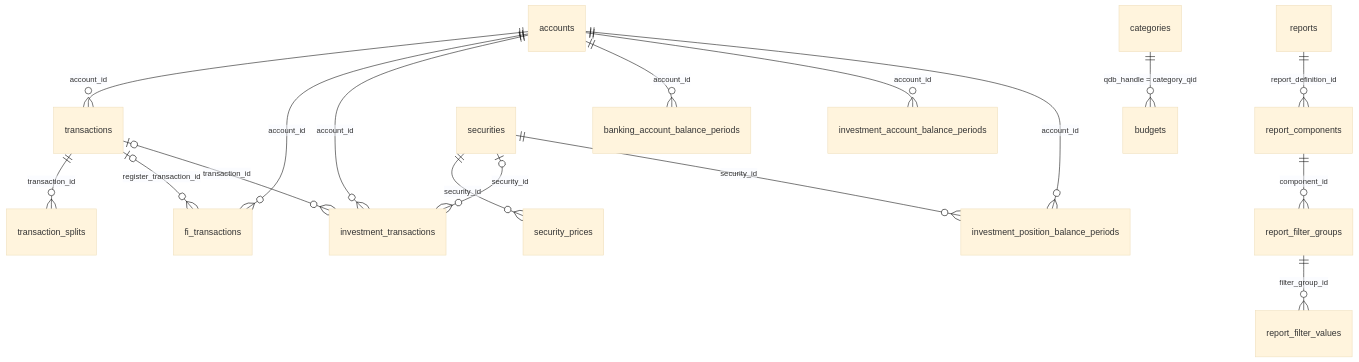
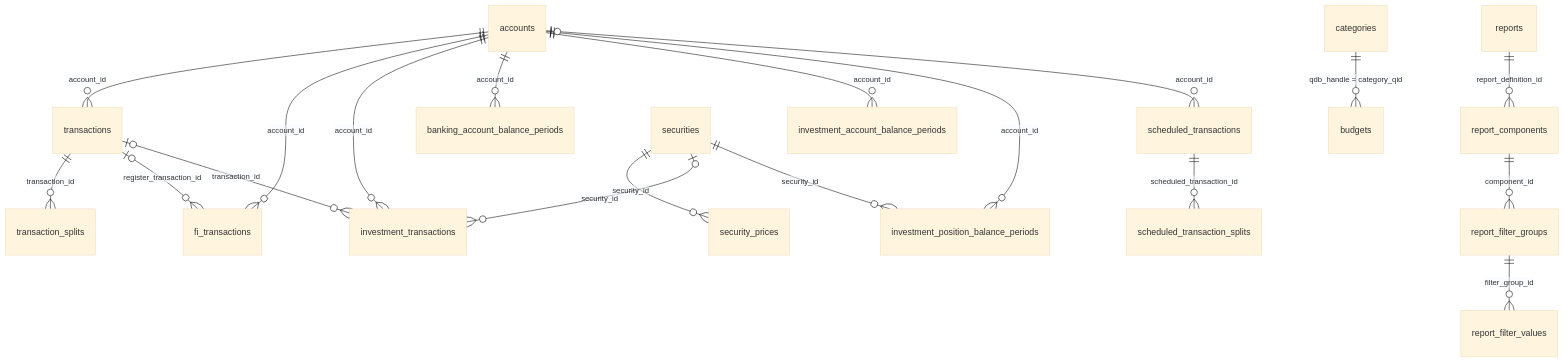
One commit to davidski/quicken-exporter changed the diagram in docs/sqlite-schema.md. Above: the diagram before and after it, drawn with Mermaid (base theme). The commit also changed other lines of this file and 7 other files, not shown here.

First line of the commit message:
feat: export Quicken scheduled transactions (#8)

````diff
--- a/docs/sqlite-schema.md
+++ b/docs/sqlite-schema.md
@@ -33,19 +33,21 @@
 ```mermaid
 erDiagram
     accounts ||--o{ transactions : account_id
     accounts ||--o{ fi_transactions : account_id
     accounts ||--o{ investment_transactions : account_id
     accounts ||--o{ banking_account_balance_periods : account_id
     accounts ||--o{ investment_account_balance_periods : account_id
     accounts ||--o{ investment_position_balance_periods : account_id
+    accounts |o--o{ scheduled_transactions : account_id
+    scheduled_transactions ||--o{ scheduled_transaction_splits : scheduled_transaction_id
     transactions ||--o{ transaction_splits : transaction_id
     transactions |o--o{ fi_transactions : register_transaction_id
     transactions |o--o{ investment_transactions : transaction_id
     securities ||--o{ security_prices : security_id
     securities |o--o{ investment_transactions : security_id
     securities ||--o{ investment_position_balance_periods : security_id
     categories ||--o{ budgets : "qdb_handle = category_qid"
     reports ||--o{ report_components : report_definition_id
     report_components ||--o{ report_filter_groups : component_id
     report_filter_groups ||--o{ report_filter_values : filter_group_id
 ```
````
